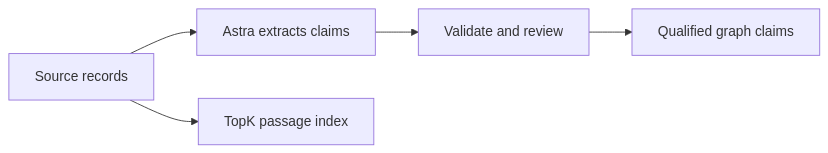
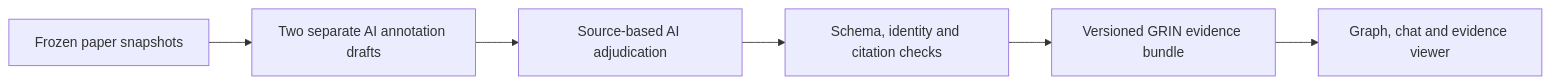
One commit to lukaschudy/LIT-knowledge-graph changed the diagram in README.md. Above: the diagram before and after it, drawn with Mermaid. The commit also changed other lines of this file, not shown here.

Commit message:
Rewrite README around live GRIN demo and evidence workflow decisions

````diff
--- a/README.md
+++ b/README.md
@@ -22,7 +57,8 @@
 ```mermaid
 flowchart LR
-    Sources[Source records] --> Extract[Astra extracts claims]
-    Extract --> Review[Validate and review]
-    Review --> Graph[Qualified graph claims]
-    Sources --> TopK[TopK passage index]
+    A[Frozen paper snapshots] --> B[Two separate AI annotation drafts]
+    B --> C[Source-based AI adjudication]
+    C --> D[Schema, identity and citation checks]
+    D --> E[Versioned GRIN evidence bundle]
+    E --> F[Graph, chat and evidence viewer]
 ```
````
